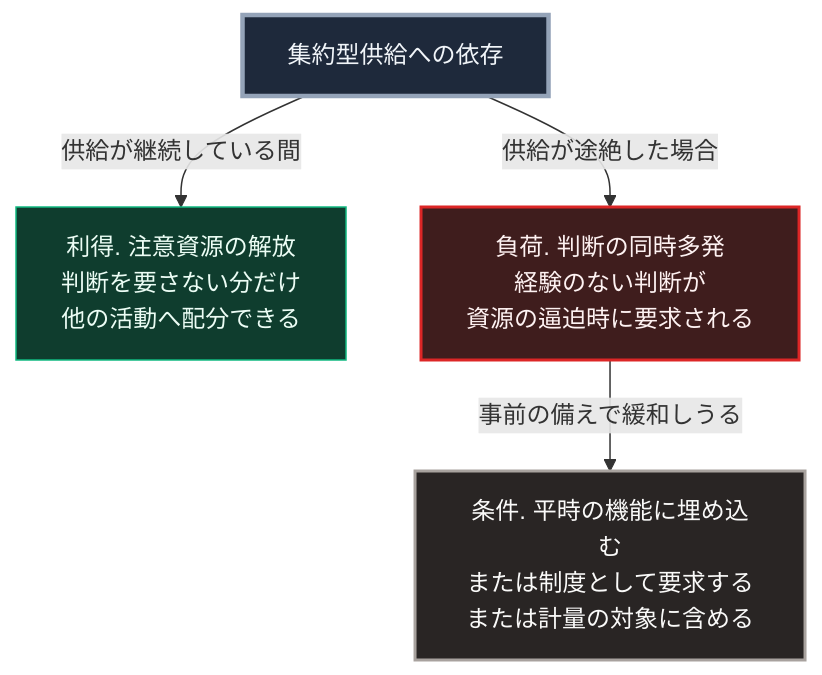
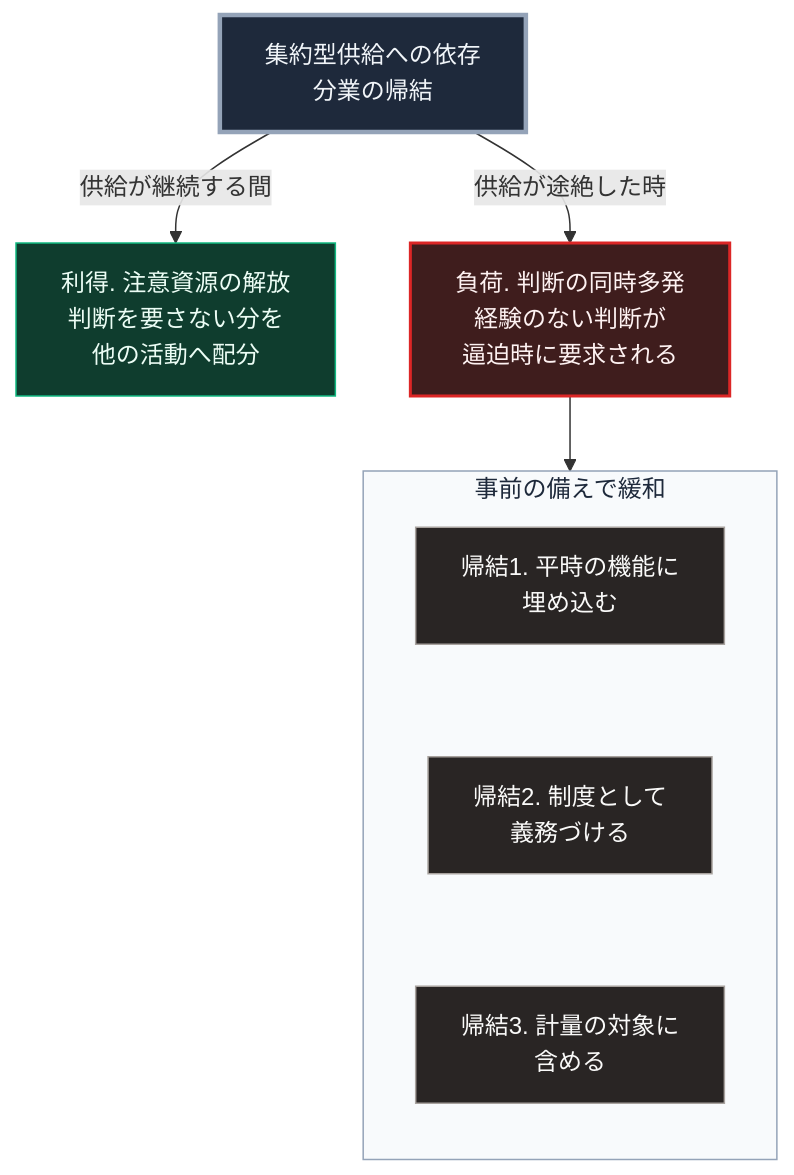
One commit to Takenori-Kusaka/zenn-content changed the diagram in books/sovereign-resilience-blueprint/41_dependency-psychoanalysis.md. Above: the diagram before and after it, drawn with Mermaid. The commit also changed other lines of this file and 114 other files, not shown here.

````diff
--- a/books/sovereign-resilience-blueprint/41_dependency-psychoanalysis.md
+++ b/books/sovereign-resilience-blueprint/41_dependency-psychoanalysis.md
@@ -81,12 +81,20 @@
 ```mermaid
 flowchart TD
-    D[集約型供給への依存]
-    D -->|供給が継続している間| A[利得. 注意資源の解放<br>判断を要さない分だけ<br>他の活動へ配分できる]
-    D -->|供給が途絶した場合| B[負荷. 判断の同時多発<br>経験のない判断が<br>資源の逼迫時に要求される]
-    B -->|事前の備えで緩和しうる| C[条件. 平時の機能に埋め込む<br>または制度として要求する<br>または計量の対象に含める]
+    D[集約型供給への依存<br>分業の帰結]
+    D -->|供給が継続する間| A[利得. 注意資源の解放<br>判断を要さない分を<br>他の活動へ配分]
+    D -->|供給が途絶した時| B[負荷. 判断の同時多発<br>経験のない判断が<br>逼迫時に要求される]
+    subgraph G[事前の備えで緩和]
+        direction TB
+        K1[帰結1. 平時の機能に<br>埋め込む] ~~~ K2[帰結2. 制度として<br>義務づける]
+        K2 ~~~ K3[帰結3. 計量の対象に<br>含める]
+    end
+    B --> G
 
     style D fill:#1e293b,stroke:#94a3b8,stroke-width:3px,color:#f1f5f9
     style A fill:#0f3d2e,stroke:#10b981,color:#ecfdf5
     style B fill:#3f1d1d,stroke:#dc2626,stroke-width:2px,color:#fef2f2
-    style C fill:#292524,stroke:#a8a29e,stroke-width:2px,color:#fafaf9
+    style G fill:#f8fafc,stroke:#94a3b8,color:#1e293b
+    style K1 fill:#292524,stroke:#a8a29e,color:#fafaf9
+    style K2 fill:#292524,stroke:#a8a29e,color:#fafaf9
+    style K3 fill:#292524,stroke:#a8a29e,color:#fafaf9
 ```
````
